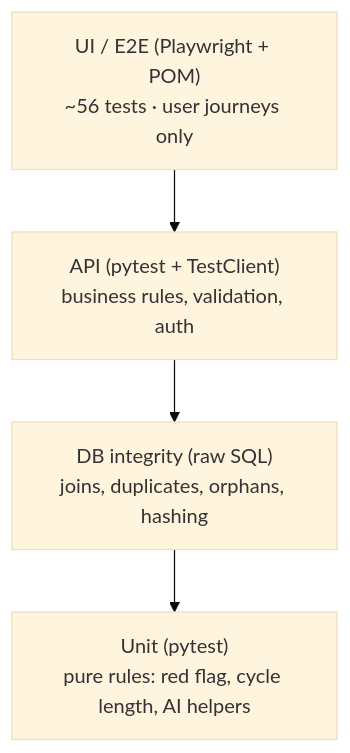
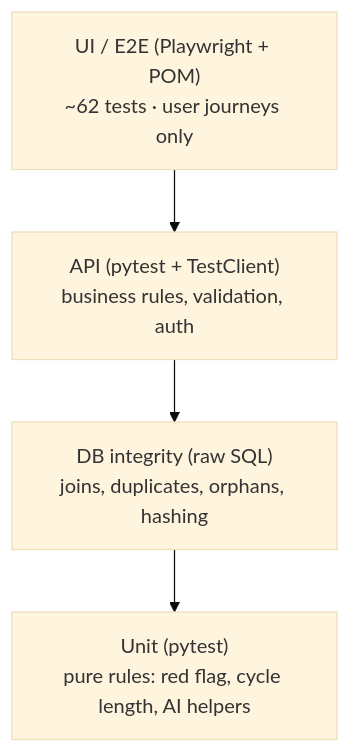
The diagram in docs/TEST_STRATEGY.md (Noshin-Arthi/her-aura), drawn with Mermaid (base theme) before and after one commit. The commit also changed other lines of this file and 51 other files, not shown here.

````diff
--- a/docs/TEST_STRATEGY.md
+++ b/docs/TEST_STRATEGY.md
@@ -10,8 +10,8 @@
 ```mermaid
 flowchart TB
-    UI["UI / E2E (Playwright + POM)<br/>~56 tests · user journeys only"]
+    UI["UI / E2E (Playwright + POM)<br/>~62 tests · user journeys only"]
     API["API (pytest + TestClient)<br/>business rules, validation, auth"]
     DB["DB integrity (raw SQL)<br/>joins, duplicates, orphans, hashing"]
     UNIT["Unit (pytest)<br/>pure rules: red flag, cycle length, AI helpers"]
     UI --> API --> DB --> UNIT
 ```
````
